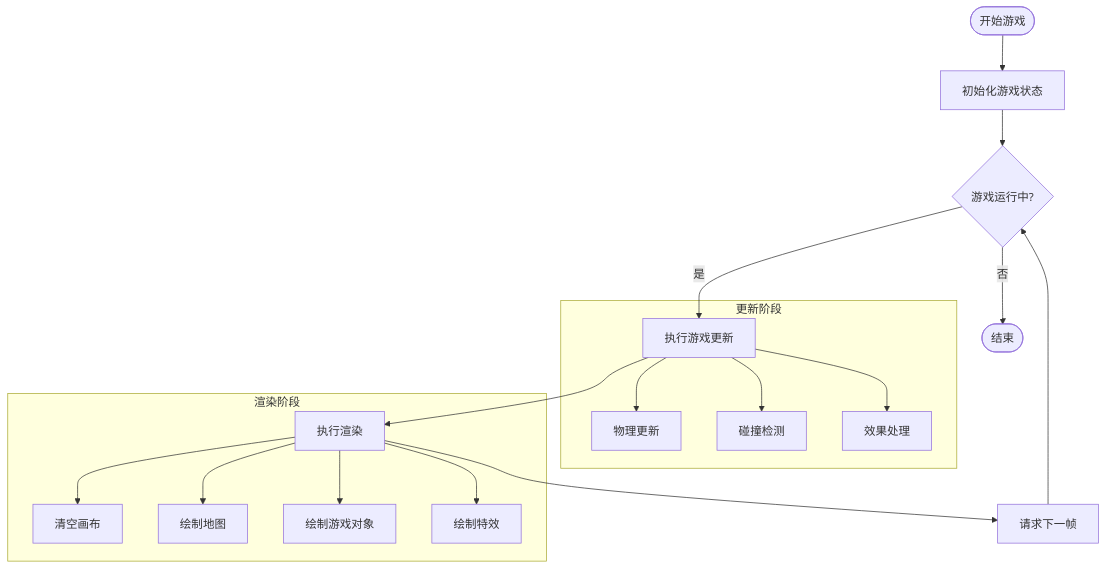
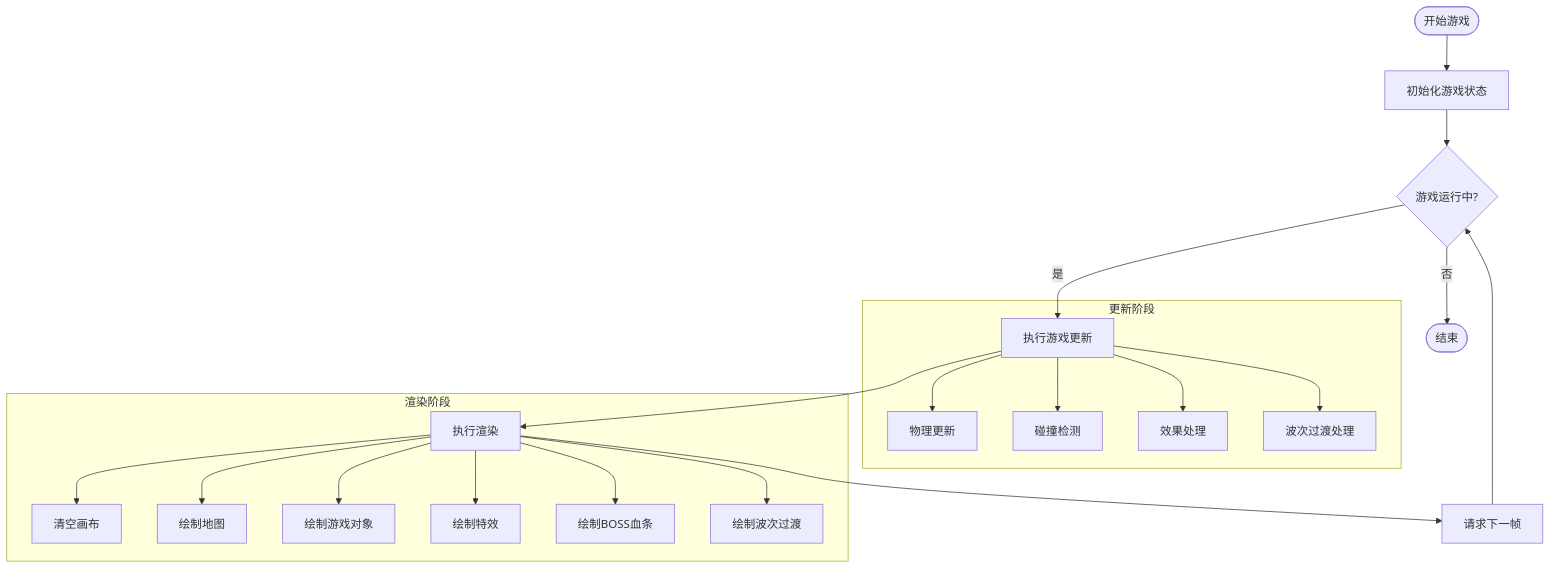
One commit to mrancc/reimagined-journey changed the third of 12 diagrams in .qoder/repowiki/zh/content/核心架构/Canvas 渲染系统.md. Above: the diagram before and after it, drawn with Mermaid. The commit also changed other lines of this file and 11 other files, not shown here.

````diff
--- a/.qoder/repowiki/zh/content/核心架构/Canvas 渲染系统.md
+++ b/.qoder/repowiki/zh/content/核心架构/Canvas 渲染系统.md
@@ -116,21 +121,24 @@
 ```mermaid
 flowchart TD
 Start([开始游戏]) --> Init[初始化游戏状态]
 Init --> Loop{游戏运行中?}
 Loop --> |是| Update[执行游戏更新]
 Loop --> |否| End([结束])
 Update --> Render[执行渲染]
 Render --> RAF[请求下一帧]
 RAF --> Loop
 subgraph "更新阶段"
 Update --> Physics[物理更新]
 Update --> Collisions[碰撞检测]
 Update --> Effects[效果处理]
+Update --> WaveTransition[波次过渡处理]
 end
 subgraph "渲染阶段"
 Render --> Clear[清空画布]
 Render --> DrawMap[绘制地图]
 Render --> DrawObjects[绘制游戏对象]
 Render --> DrawEffects[绘制特效]
+Render --> DrawBossHP[绘制BOSS血条]
+Render --> DrawWaveTransition[绘制波次过渡]
 end
 ```
````
